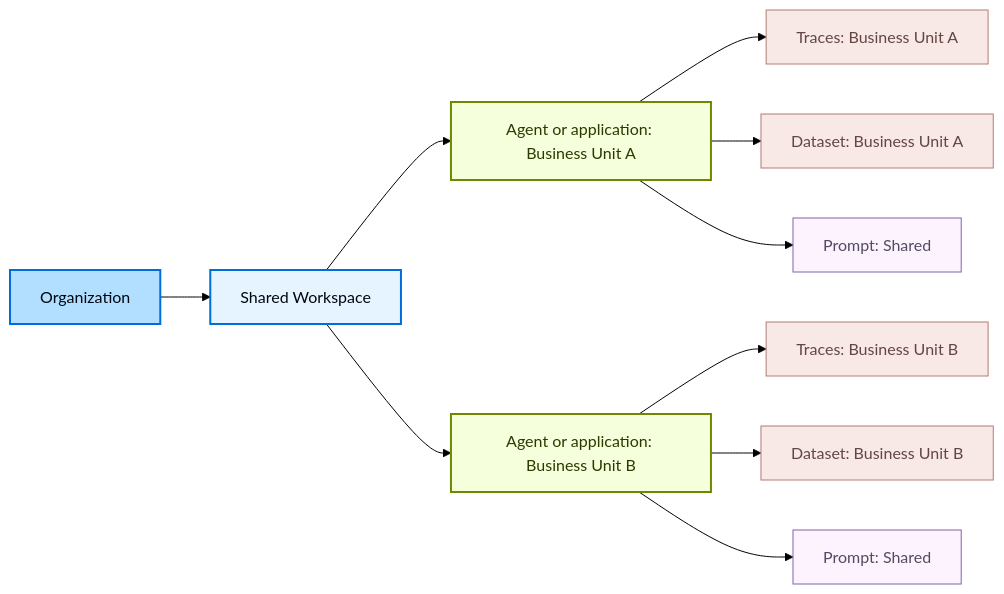
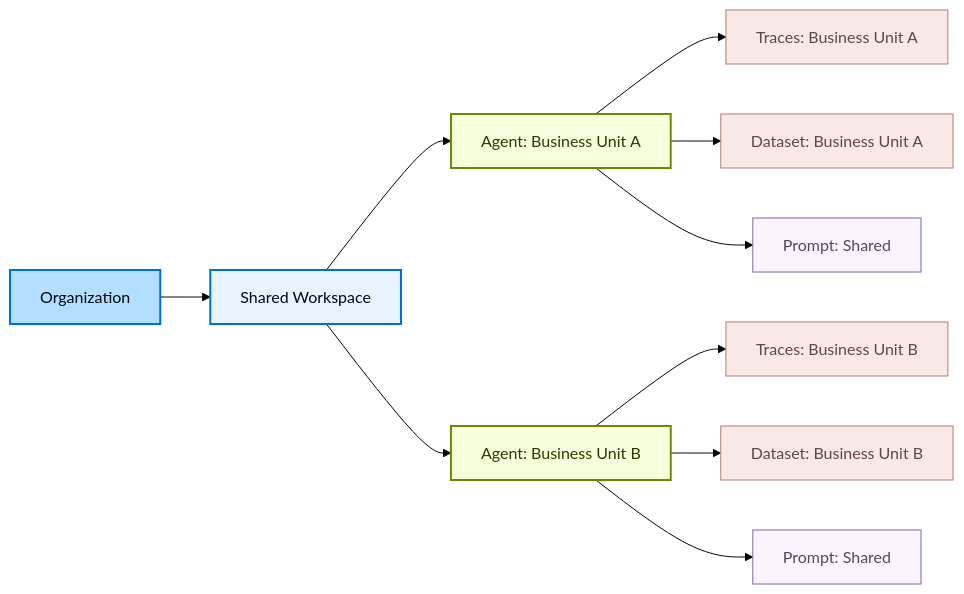
One commit to langchain-ai/docs changed the second of 2 diagrams in src/langsmith/workload-isolation.mdx. Above: the diagram before and after it, drawn with Mermaid (forest theme). The commit also changed other lines of this file and 66 other files, not shown here.

````diff
--- a/src/langsmith/workload-isolation.mdx
+++ b/src/langsmith/workload-isolation.mdx
@@ -91,42 +86,42 @@
 ```mermaid actions={false}
 graph LR
     Org[Organization]
 
     WS[Shared Workspace]
 
-    AgentA[Agent or application: Business Unit A]
-    AgentB[Agent or application: Business Unit B]
+    AgentA[Agent: Business Unit A]
+    AgentB[Agent: Business Unit B]
 
     TracesA[Traces: Business Unit A]
     DatasetA[Dataset: Business Unit A]
     PromptA[Prompt: Shared]
 
     TracesB[Traces: Business Unit B]
     DatasetB[Dataset: Business Unit B]
     PromptB[Prompt: Shared]
 
     Org --> WS
 
     WS --> AgentA
     WS --> AgentB
 
     AgentA --> TracesA
     AgentA --> DatasetA
     AgentA --> PromptA
 
     AgentB --> TracesB
     AgentB --> DatasetB
     AgentB --> PromptB
 
     classDef orgStyle fill:#B2DEFF,stroke:#006DDD,stroke-width:2px,color:#030710
     classDef wsStyle fill:#E5F4FF,stroke:#006DDD,stroke-width:2px,color:#030710
     classDef appStyle fill:#F6FFDB,stroke:#6E8900,stroke-width:2px,color:#2E3900
     classDef restrictedStyle fill:#F8E8E6,stroke:#B27D75,stroke-width:1px,color:#634643
     classDef sharedStyle fill:#FDF3FF,stroke:#7E65AE,stroke-width:1px,color:#504B5F
 
     class Org orgStyle
     class WS wsStyle
     class AgentA,AgentB appStyle
     class TracesA,DatasetA,TracesB,DatasetB restrictedStyle
     class PromptA,PromptB sharedStyle
 ```
````
